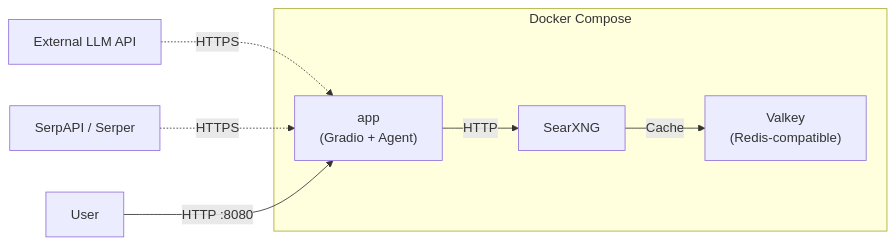
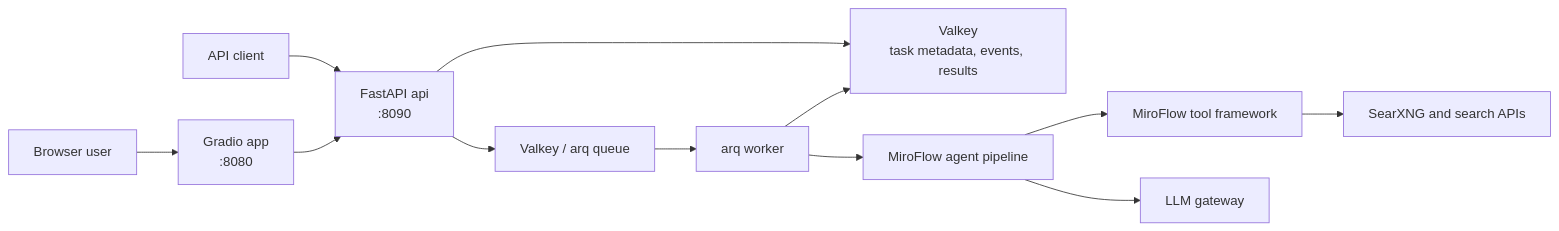
The first of 2 diagrams in docs/ARCHITECTURE.md (kdush/OpenClaw-MiroSearch), drawn with Mermaid before and after one commit. The commit also changed other lines of this file and 25 other files, not shown here.

````diff
--- a/docs/ARCHITECTURE.md
+++ b/docs/ARCHITECTURE.md
@@ -144,15 +10,14 @@
 ```mermaid
-graph LR
-    subgraph Docker Compose
-        App["app<br/>(Gradio + Agent)"]
-        SearXNG["SearXNG"]
-        Valkey["Valkey<br/>(Redis-compatible)"]
-    end
-
-    App -->|HTTP| SearXNG
-    SearXNG -->|Cache| Valkey
-    
-    ExternalLLM["External LLM API"] -.->|HTTPS| App
-    ExternalSearch["SerpAPI / Serper"] -.->|HTTPS| App
-    User["User"] -->|HTTP :8080| App
+flowchart LR
+    Client["API client"] --> API["FastAPI api<br/>:8090"]
+    User["Browser user"] --> App["Gradio app<br/>:8080"]
+    App --> API
+    API --> Store["Valkey<br/>task metadata, events, results"]
+    API --> Queue["Valkey / arq queue"]
+    Queue --> Worker["arq worker"]
+    Worker --> Pipeline["MiroFlow agent pipeline"]
+    Pipeline --> Tools["MiroFlow tool framework"]
+    Tools --> Search["SearXNG and search APIs"]
+    Pipeline --> LLM["LLM gateway"]
+    Worker --> Store
 ```
````
